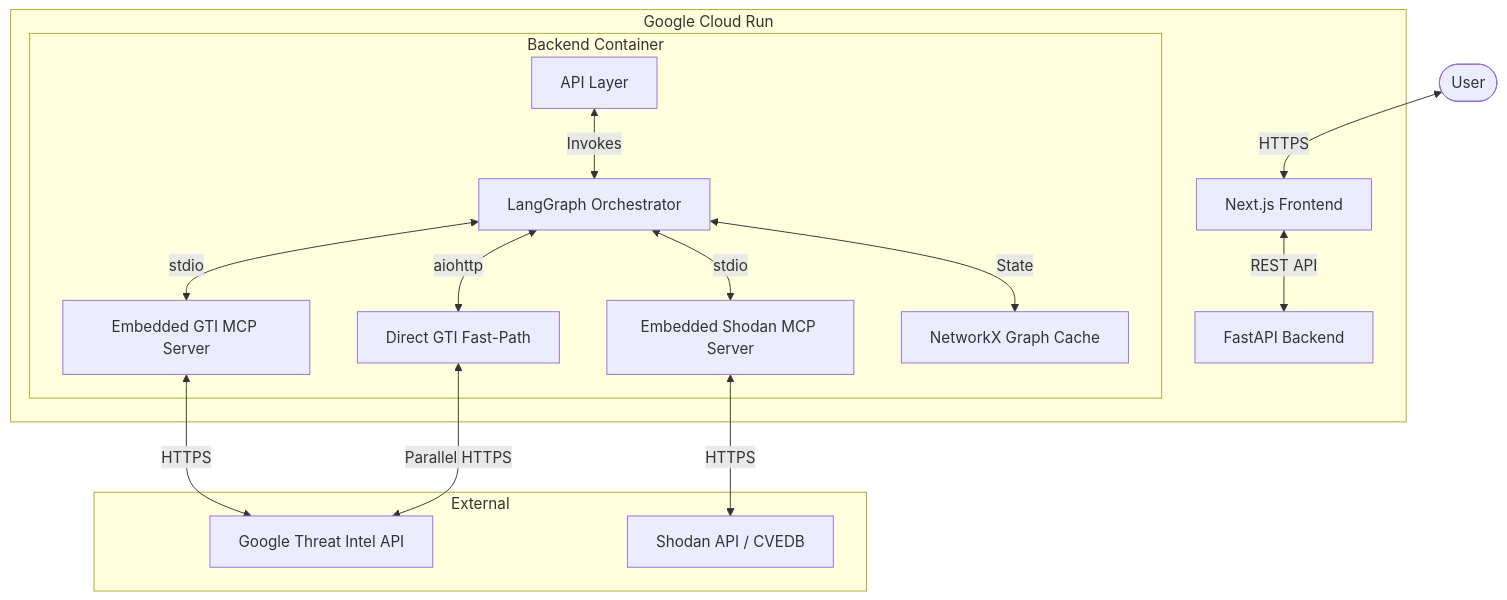
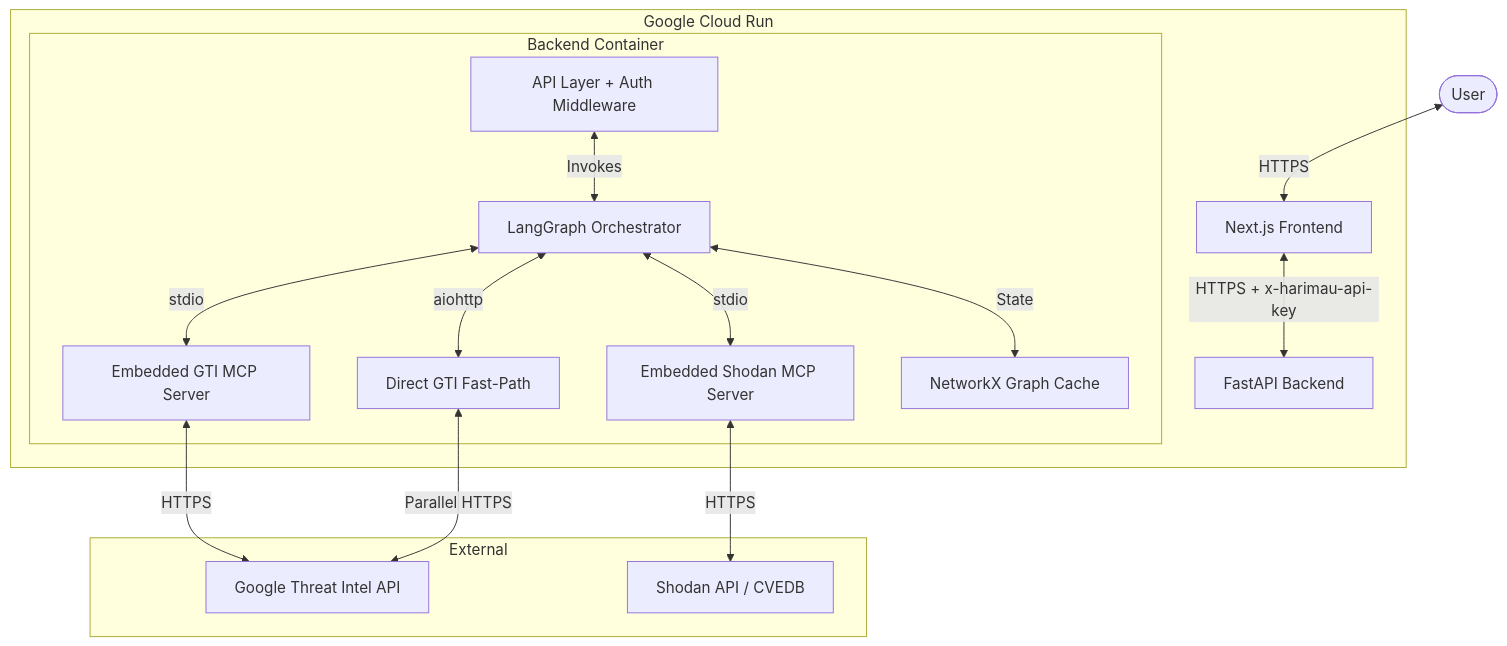
The first of 2 diagrams in docs/architecture.md (repulsivityy/project_harimau), drawn with Mermaid before and after one commit. The commit also changed other lines of this file and 14 other files, not shown here.

````diff
--- a/docs/architecture.md
+++ b/docs/architecture.md
@@ -7,22 +7,22 @@
 ```mermaid
 graph TD
     User([User]) <-->|HTTPS| Frontend[Next.js Frontend]
     
     subgraph "Google Cloud Run"
-        Frontend <-->|REST API| Backend[FastAPI Backend]
+        Frontend <-->|HTTPS + x-harimau-api-key| Backend[FastAPI Backend]
         
         subgraph "Backend Container"
-            BackendAPI[API Layer] <-->|Invokes| LG[LangGraph Orchestrator]
+            BackendAPI[API Layer + Auth Middleware] <-->|Invokes| LG[LangGraph Orchestrator]
             LG <-->|stdio| GTIMC[Embedded GTI MCP Server]
             LG <-->|stdio| ShodanMCP[Embedded Shodan MCP Server]
             LG <-->|aiohttp| DirectAPI[Direct GTI Fast-Path]
             LG <-->|State| Cache[NetworkX Graph Cache]
         end
     end
 
     subgraph "External"
         GTIMC <-->|HTTPS| GoogleTI[Google Threat Intel API]
         DirectAPI <-->|Parallel HTTPS| GoogleTI
         ShodanMCP <-->|HTTPS| ShodanAPI[Shodan API / CVEDB]
     end
 ```
````
